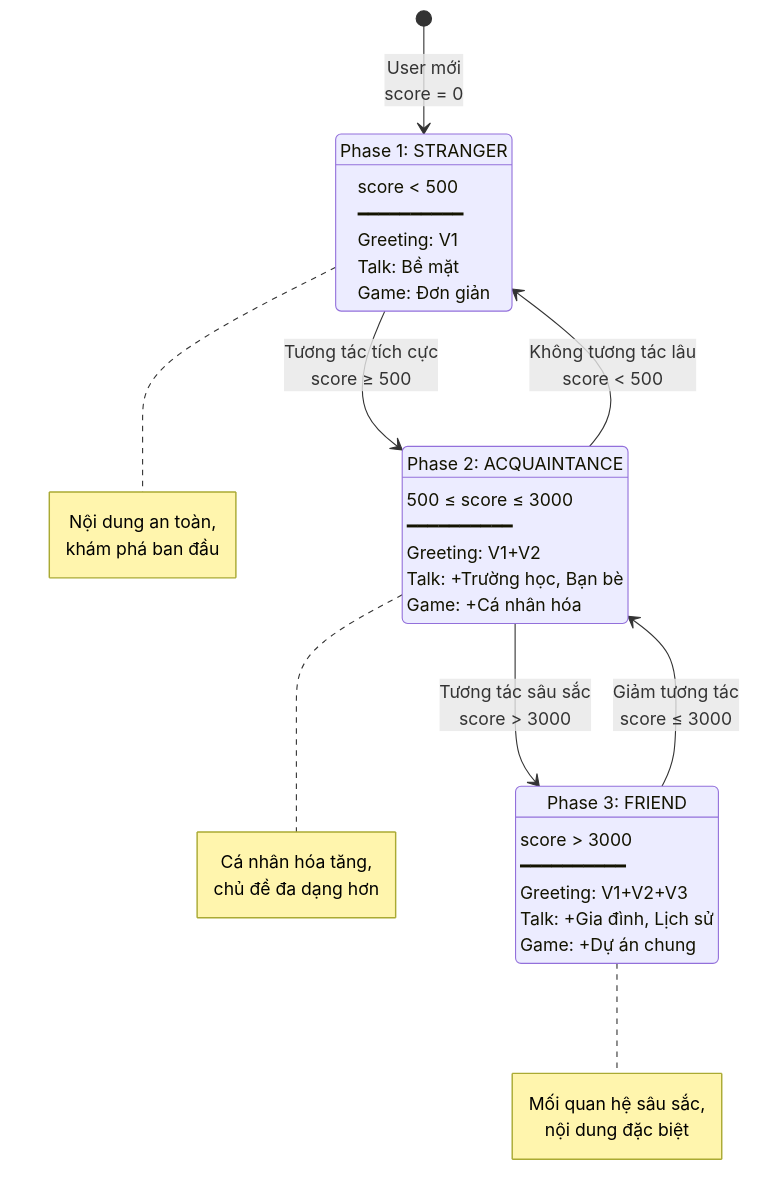
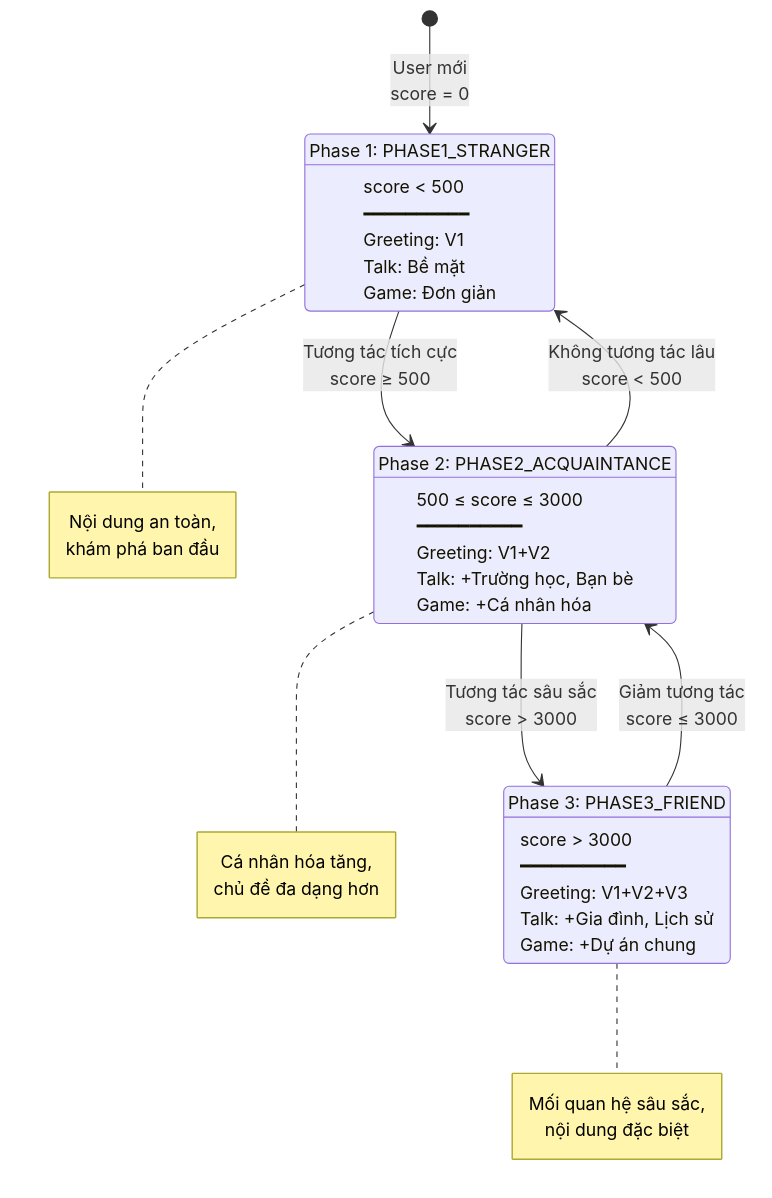
The seventh of 8 diagrams in docs/1_TaiLieuRobot_T2_24112025 - Robot/Tài liệu 3.1  Visulize Logic đầu ngày PIC - Đoàn Ngọc Cường - MANUS.md (DoanNgocCuong/context-handling-bigmodule_PikaRobot_25112025), drawn with Mermaid before and after one commit. The commit also changed other lines of this file and 35 other files, not shown here.

First line of the commit message:
[update name: STRANGER - ACQUAINTANCE - FRIEND]

````diff
--- a/docs/1_TaiLieuRobot_T2_24112025 - Robot/Tài liệu 3.1  Visulize Logic đầu ngày PIC - Đoàn Ngọc Cường - MANUS.md
+++ b/docs/1_TaiLieuRobot_T2_24112025 - Robot/Tài liệu 3.1  Visulize Logic đầu ngày PIC - Đoàn Ngọc Cường - MANUS.md
@@ -274,46 +274,46 @@
 ```mermaid
 stateDiagram-v2
     [*] --> Stranger: User mới<br/>score = 0
     
-    Stranger: Phase 1: STRANGER
+    Stranger: Phase 1: PHASE1_STRANGER
     Stranger: score < 500
     Stranger: ━━━━━━━━━━
     Stranger: Greeting: V1
     Stranger: Talk: Bề mặt
     Stranger: Game: Đơn giản
     
-    Acquaintance: Phase 2: ACQUAINTANCE
+    Acquaintance: Phase 2: PHASE2_ACQUAINTANCE
     Acquaintance: 500 ≤ score ≤ 3000
     Acquaintance: ━━━━━━━━━━
     Acquaintance: Greeting: V1+V2
     Acquaintance: Talk: +Trường học, Bạn bè
     Acquaintance: Game: +Cá nhân hóa
     
-    Friend: Phase 3: FRIEND
+    Friend: Phase 3: PHASE3_FRIEND
     Friend: score > 3000
     Friend: ━━━━━━━━━━
     Friend: Greeting: V1+V2+V3
     Friend: Talk: +Gia đình, Lịch sử
     Friend: Game: +Dự án chung
     
     Stranger --> Acquaintance: Tương tác tích cực<br/>score ≥ 500
     Acquaintance --> Friend: Tương tác sâu sắc<br/>score > 3000
     
     Acquaintance --> Stranger: Không tương tác lâu<br/>score < 500
     Friend --> Acquaintance: Giảm tương tác<br/>score ≤ 3000
     
     note right of Stranger
         Nội dung an toàn,
         khám phá ban đầu
     end note
     
     note right of Acquaintance
         Cá nhân hóa tăng,
         chủ đề đa dạng hơn
     end note
     
     note right of Friend
         Mối quan hệ sâu sắc,
         nội dung đặc biệt
     end note
 ```
````
